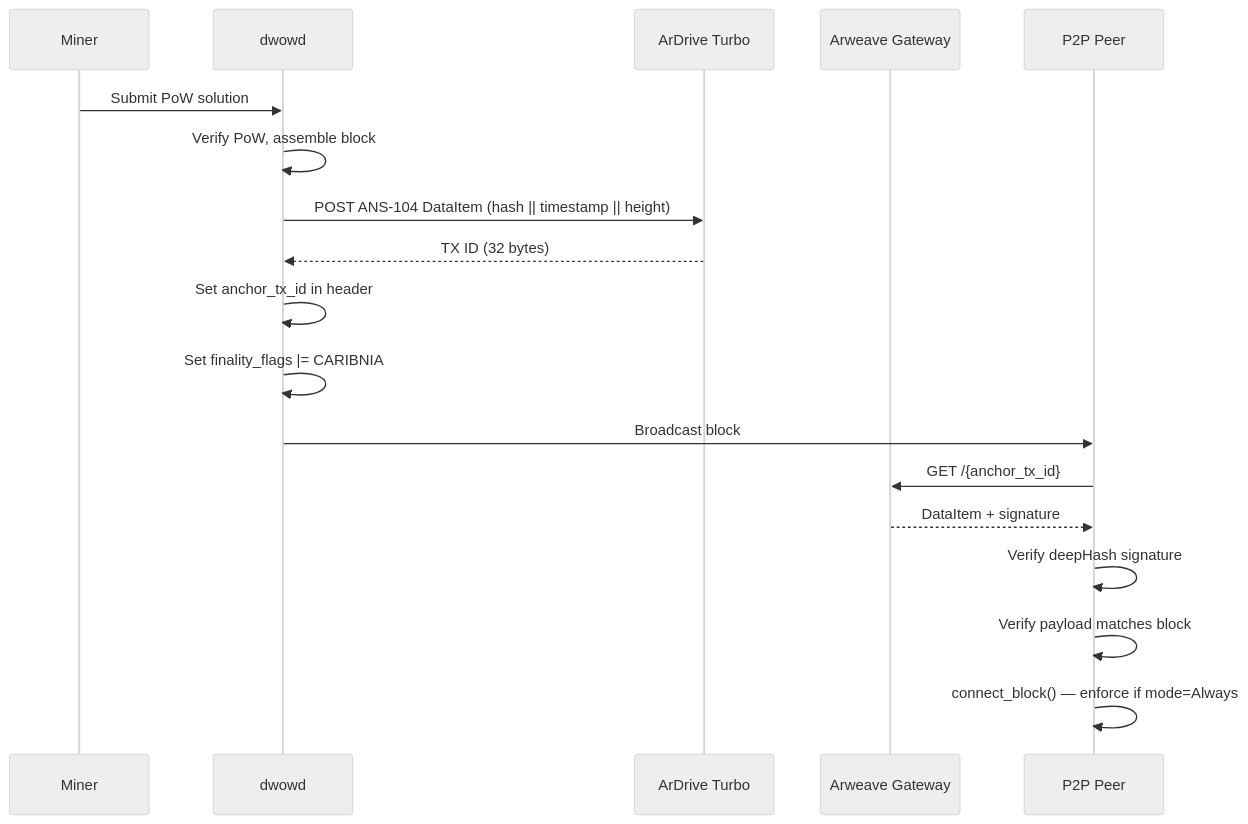
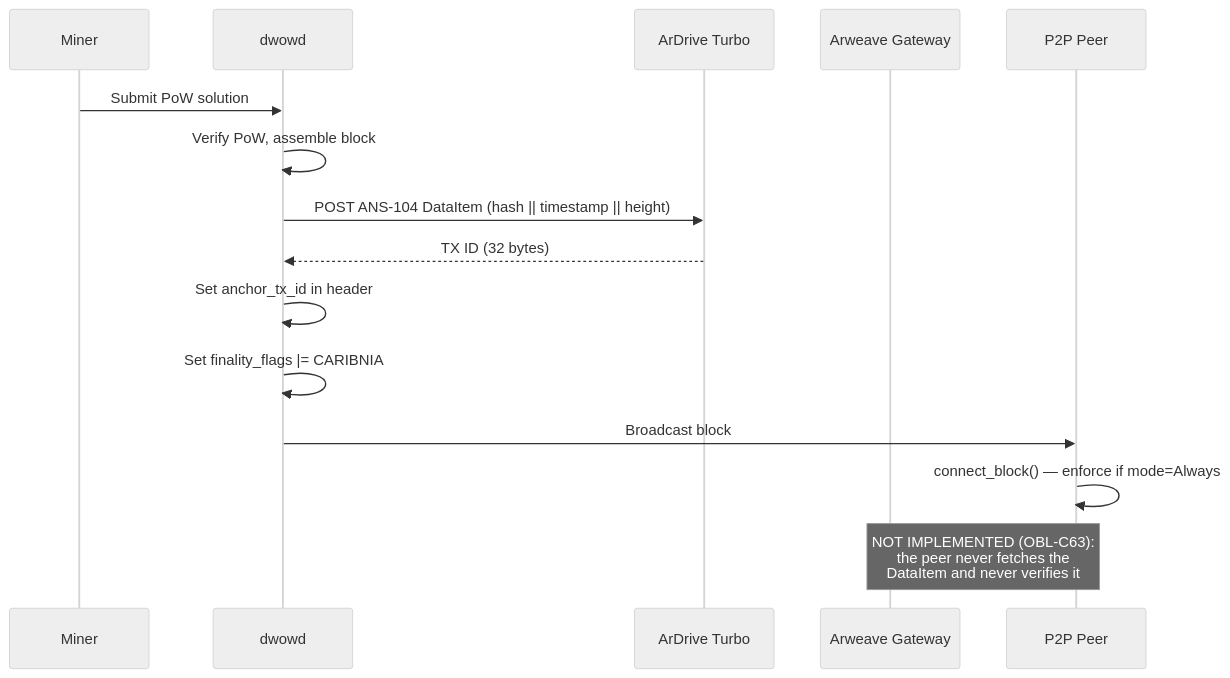
One commit to PatrickMockridge/DarkWow changed the first of 3 diagrams in doc/src/arch/caribina.md. Above: the diagram before and after it, drawn with Mermaid (neutral theme). The commit also changed other lines of this file and 14 other files, not shown here.

````diff
--- a/doc/src/arch/caribina.md
+++ b/doc/src/arch/caribina.md
@@ -131,21 +150,18 @@
 ```mermaid
 sequenceDiagram
     participant Miner
     participant dwowd
     participant ArDrive as ArDrive Turbo
     participant Arweave as Arweave Gateway
     participant Peer as P2P Peer
 
     Miner->>dwowd: Submit PoW solution
     dwowd->>dwowd: Verify PoW, assemble block
     dwowd->>ArDrive: POST ANS-104 DataItem (hash || timestamp || height)
     ArDrive-->>dwowd: TX ID (32 bytes)
     dwowd->>dwowd: Set anchor_tx_id in header
     dwowd->>dwowd: Set finality_flags |= CARIBNIA
     dwowd->>Peer: Broadcast block
-    Peer->>Arweave: GET /{anchor_tx_id}
-    Arweave-->>Peer: DataItem + signature
-    Peer->>Peer: Verify deepHash signature
-    Peer->>Peer: Verify payload matches block
     Peer->>Peer: connect_block() — enforce if mode=Always
+    Note over Peer,Arweave: NOT IMPLEMENTED (OBL-C63):<br/>the peer never fetches the<br/>DataItem and never verifies it
 ```
````
